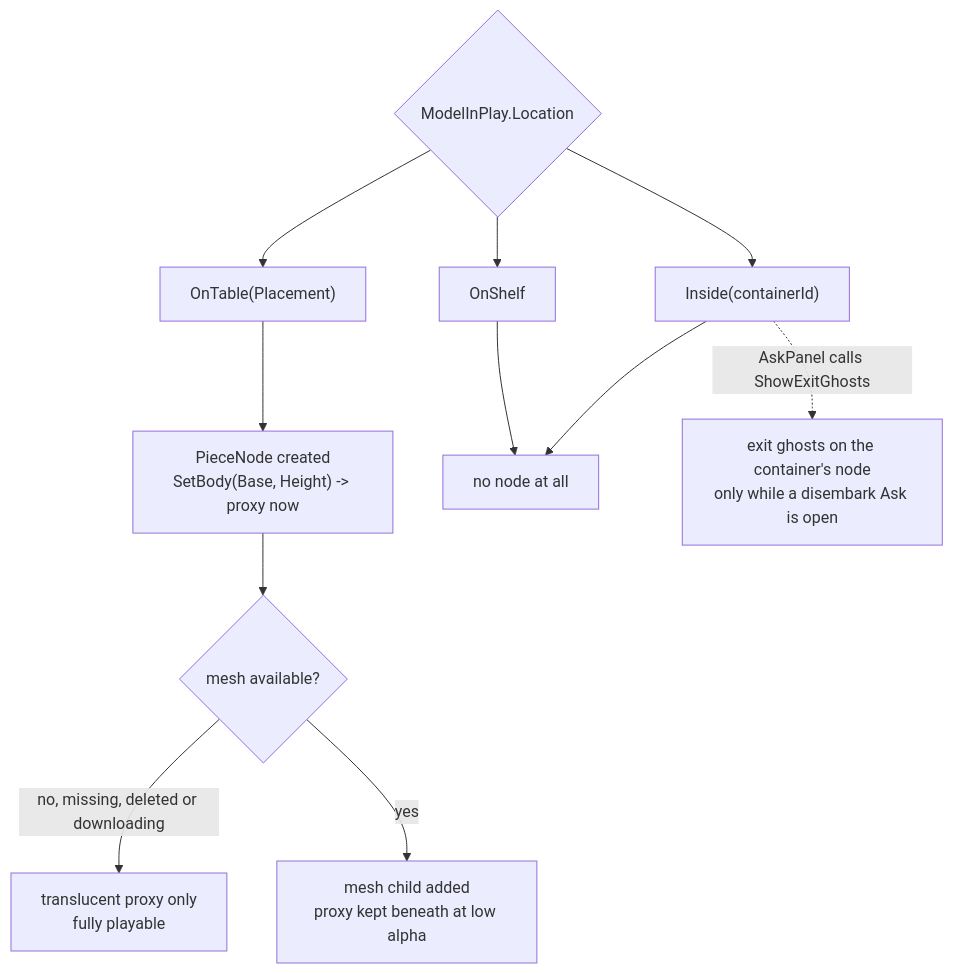
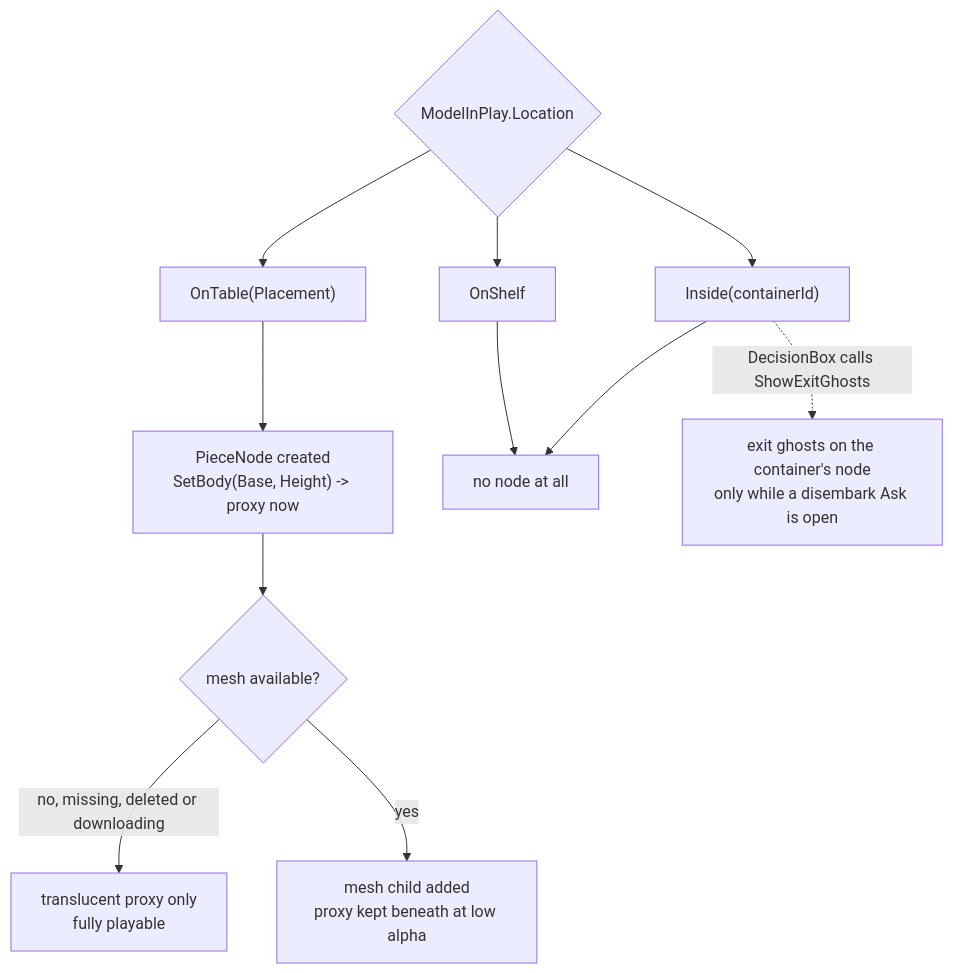
One commit to cstupi/tabletop changed the fifth of 13 diagrams in docs/design/client/design.md. Above: the diagram before and after it, drawn with Mermaid. The commit also changed other lines of this file and 10 other files, not shown here.

````diff
--- a/docs/design/client/design.md
+++ b/docs/design/client/design.md
@@ -451,24 +450,24 @@
 ```mermaid
 flowchart TD
   loc{"ModelInPlay.Location"}
   ontable["OnTable(Placement)"]
   shelf["OnShelf"]
   inside["Inside(containerId)"]
   node["PieceNode created<br/>SetBody(Base, Height) -> proxy now"]
   none["no node at all"]
   mesh{"mesh available?"}
   proxy["translucent proxy only<br/>fully playable"]
   both["mesh child added<br/>proxy kept beneath at low alpha"]
   ghost["exit ghosts on the container's node<br/>only while a disembark Ask is open"]
 
   loc --> ontable
   loc --> shelf
   loc --> inside
   ontable --> node
   shelf --> none
   inside --> none
-  inside -. "AskPanel calls ShowExitGhosts" .-> ghost
+  inside -. "DecisionBox calls ShowExitGhosts" .-> ghost
   node --> mesh
   mesh -- "no, missing, deleted or downloading" --> proxy
   mesh -- yes --> both
 ```
````
